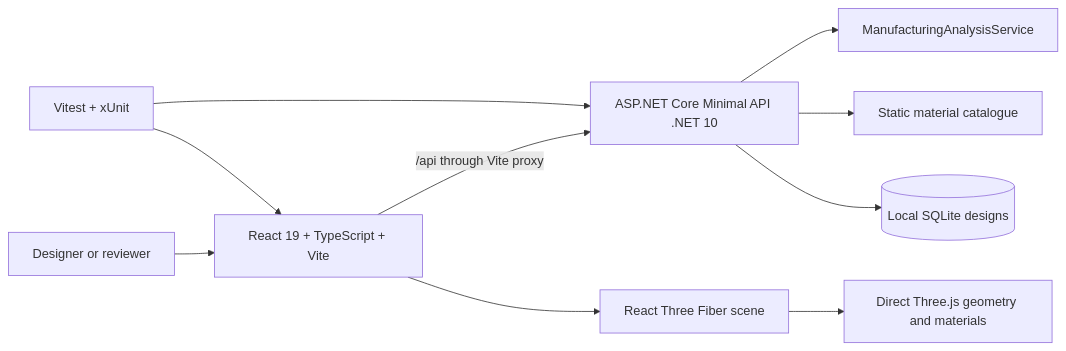
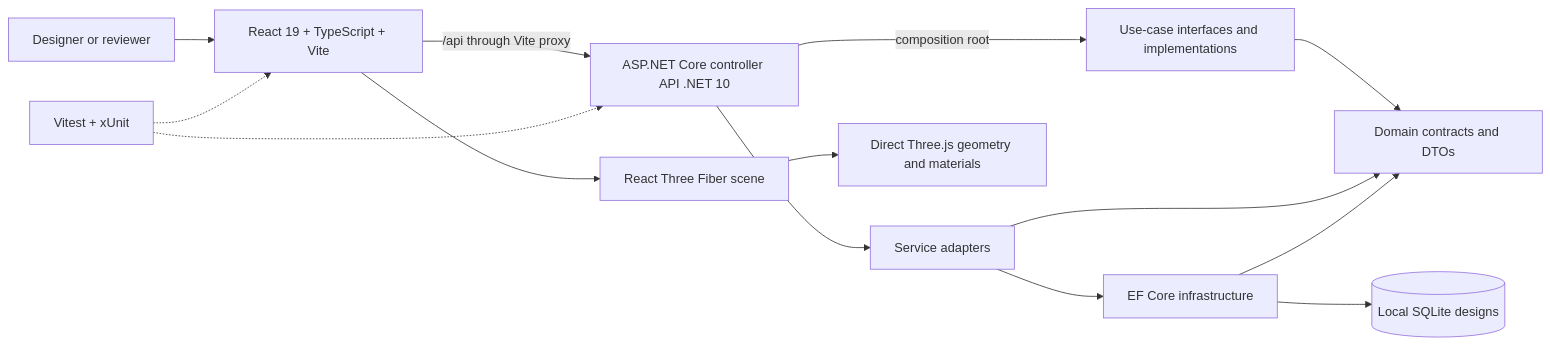
One commit to vcampoy/lattice-forge changed the diagram in README.md. Above: the diagram before and after it, drawn with Mermaid. The commit also changed other lines of this file and 4 other files, not shown here.

````diff
--- a/README.md
+++ b/README.md
@@ -9,12 +9,16 @@
 ```mermaid
 flowchart LR
     Reviewer[Designer or reviewer] --> Web[React 19 + TypeScript + Vite]
-    Web -->|/api through Vite proxy| Api[ASP.NET Core Minimal API .NET 10]
-    Api --> Analysis[ManufacturingAnalysisService]
-    Api --> Catalogue[Static material catalogue]
-    Api --> SQLite[(Local SQLite designs)]
+    Web -->|/api through Vite proxy| Api[ASP.NET Core controller API .NET 10]
+    Api -->|composition root| UseCase[Use-case interfaces and implementations]
+    UseCase --> Domain[Domain contracts and DTOs]
+    Api --> Services[Service adapters]
+    Services --> Infrastructure[EF Core infrastructure]
+    Services --> Domain
+    Infrastructure --> Domain
+    Infrastructure --> SQLite[(Local SQLite designs)]
     Web --> Scene[React Three Fiber scene]
     Scene --> Three[Direct Three.js geometry and materials]
-    Tests[Vitest + xUnit] --> Web
-    Tests --> Api
+    Tests[Vitest + xUnit] -.-> Web
+    Tests -.-> Api
 ```
````
